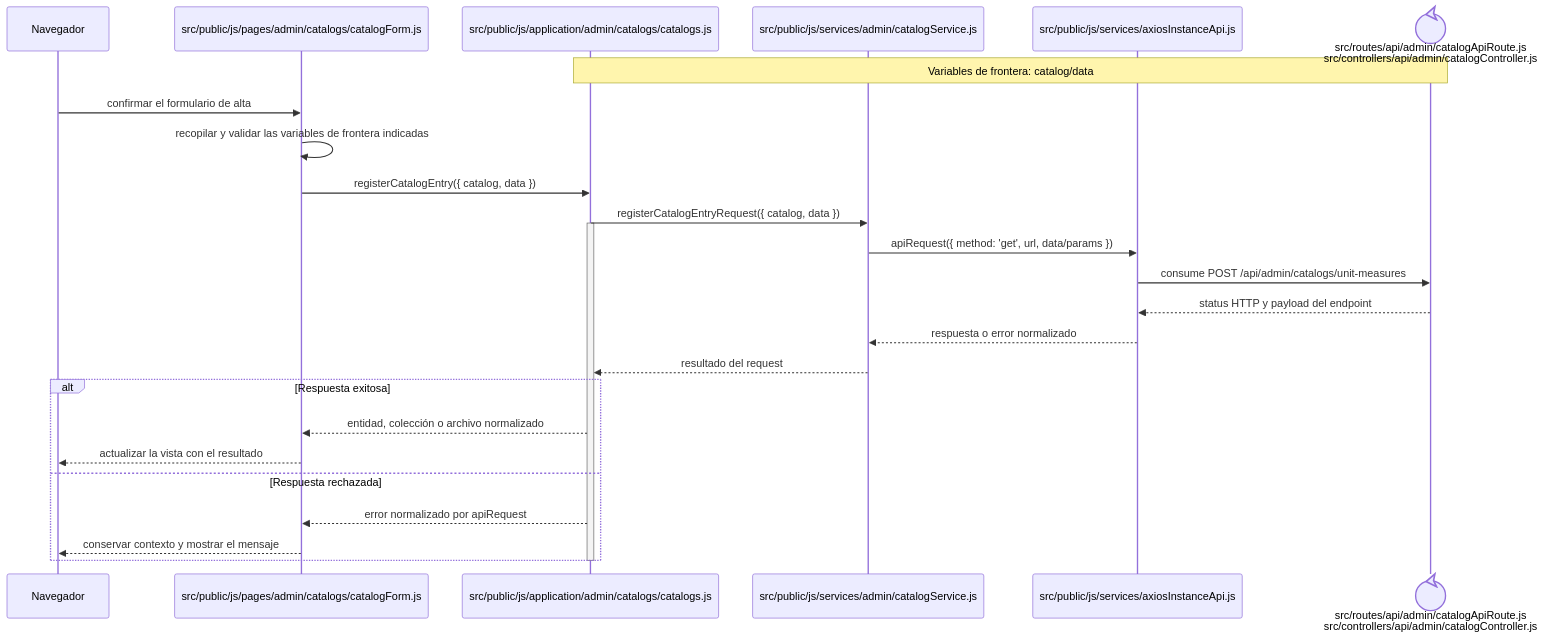
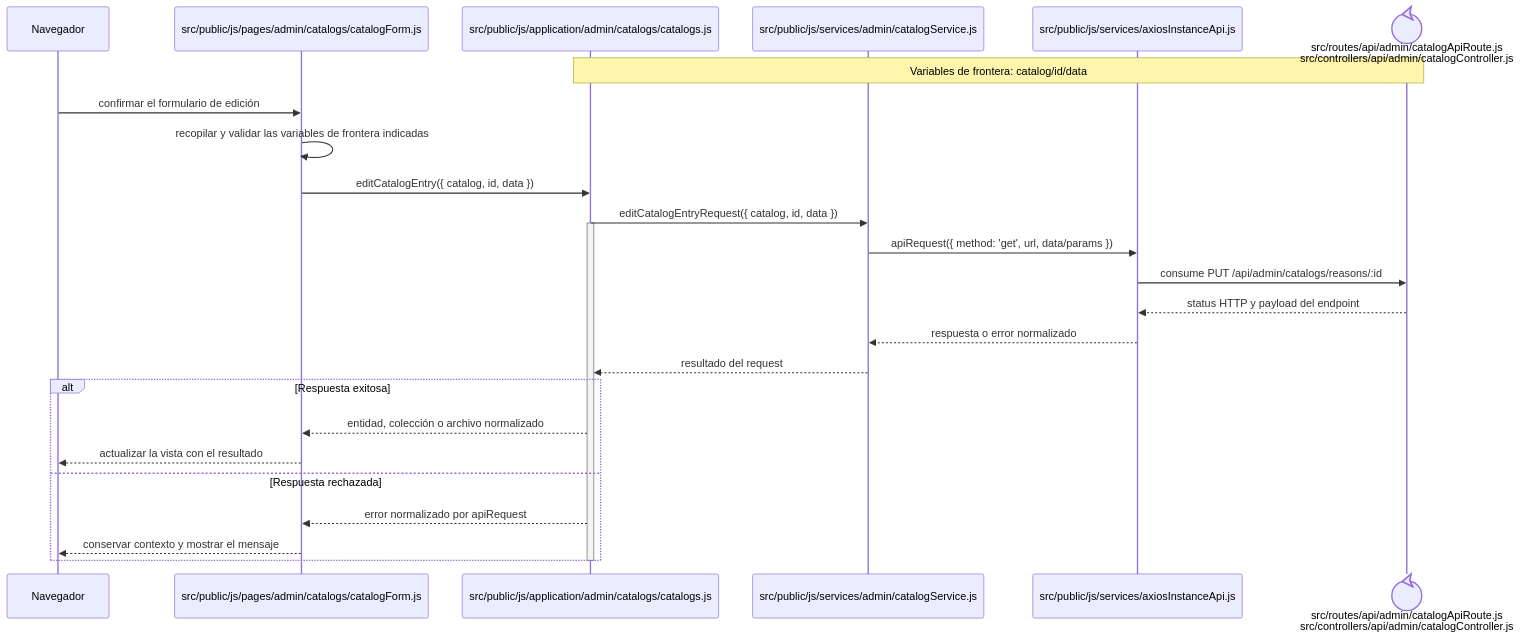
The diagram in docs/architecture/frontend-code-sequences/catalogs/cu-cat-41.md (gpgsistemas01/nexus), drawn with Mermaid before and after one commit. The commit also changed other lines of this file and 126 other files, not shown here.

````diff
--- a/docs/architecture/frontend-code-sequences/catalogs/cu-cat-41.md
+++ b/docs/architecture/frontend-code-sequences/catalogs/cu-cat-41.md
@@ -6,29 +6,29 @@
 ```mermaid
 sequenceDiagram
     participant Browser as Navegador
     participant View as src/public/js/pages/admin/catalogs/catalogForm.js
     participant Application as src/public/js/application/admin/catalogs/catalogs.js
     participant Request as src/public/js/services/admin/catalogService.js
     participant HTTP as src/public/js/services/axiosInstanceApi.js
     participant Transport@{ "type": "control" } as src/routes/api/admin/catalogApiRoute.js<br/>src/controllers/api/admin/catalogController.js
-    Note over Application,Transport: Variables de frontera: catalog/data
+    Note over Application,Transport: Variables de frontera: catalog/id/data
 
-    Browser->>View: confirmar el formulario de alta
+    Browser->>View: confirmar el formulario de edición
     View->>View: recopilar y validar las variables de frontera indicadas
-    View->>Application: registerCatalogEntry({ catalog, data })
-    Application->>Request: registerCatalogEntryRequest({ catalog, data })
+    View->>Application: editCatalogEntry({ catalog, id, data })
+    Application->>Request: editCatalogEntryRequest({ catalog, id, data })
     activate Application
     Request->>HTTP: apiRequest({ method: 'get', url, data/params })
-    HTTP->>Transport: consume POST /api/admin/catalogs/unit-measures
+    HTTP->>Transport: consume PUT /api/admin/catalogs/reasons/:id
     Transport-->>HTTP: status HTTP y payload del endpoint
     HTTP-->>Request: respuesta o error normalizado
     Request-->>Application: resultado del request
     alt Respuesta exitosa
         Application-->>View: entidad, colección o archivo normalizado
         View-->>Browser: actualizar la vista con el resultado
     else Respuesta rechazada
         Application-->>View: error normalizado por apiRequest
         View-->>Browser: conservar contexto y mostrar el mensaje
     end
     deactivate Application
 ```
````
